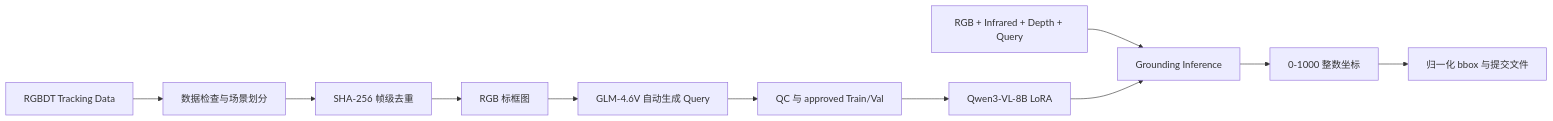
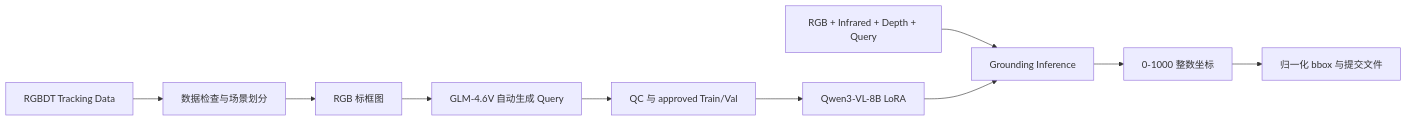
One commit to FanGou-code/aicomp-multimodal-grounding changed the diagram in README.md. Above: the diagram before and after it, drawn with Mermaid. The commit also changed other lines of this file and 6 other files, not shown here.

````diff
--- a/README.md
+++ b/README.md
@@ -17,13 +17,12 @@
 ```mermaid
 flowchart LR
     A["RGBDT Tracking Data"] --> B["数据检查与场景划分"]
-    B --> C1["SHA-256 帧级去重"]
-    C1 --> C["RGB 标框图"]
+    B --> C["RGB 标框图"]
     C --> D["GLM-4.6V 自动生成 Query"]
     D --> E["QC 与 approved Train/Val"]
     E --> F["Qwen3-VL-8B LoRA"]
     G["RGB + Infrared + Depth + Query"] --> H["Grounding Inference"]
     F --> H
     H --> I["0-1000 整数坐标"]
     I --> J["归一化 bbox 与提交文件"]
 ```
````
